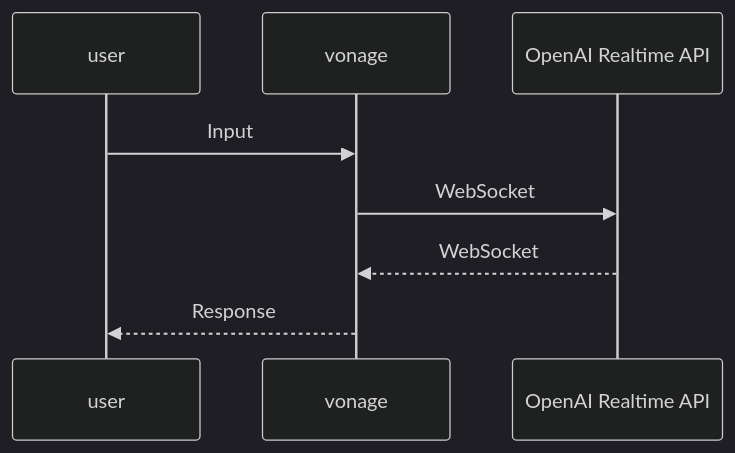
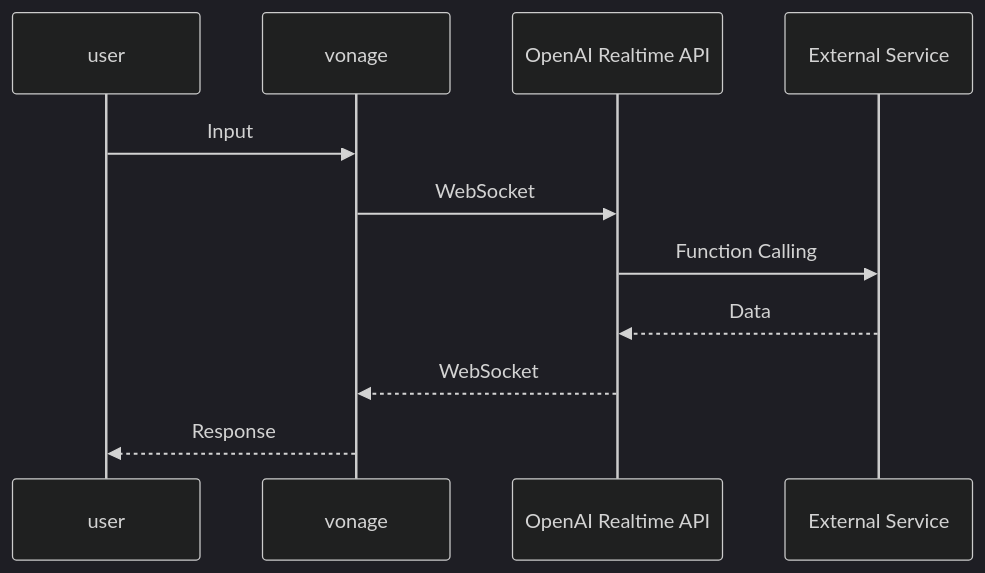
The diagram in README.md (mobilebiz/websocket-openai), drawn with Mermaid (dark theme) before and after one commit.

Commit message:
Update Mermaid diagram to show OpenAI calling External Service

````diff
--- a/README.md
+++ b/README.md
@@ -7,11 +7,14 @@
 ```mermaid
 sequenceDiagram
     participant user
     participant vonage
     participant OpenAI Realtime API
+    participant External Service
     
     user->>vonage: Input
     vonage->>OpenAI Realtime API: WebSocket
+    OpenAI Realtime API->>External Service: Function Calling
+    External Service-->>OpenAI Realtime API: Data
     OpenAI Realtime API-->>vonage: WebSocket
     vonage-->>user: Response
 ```
````
